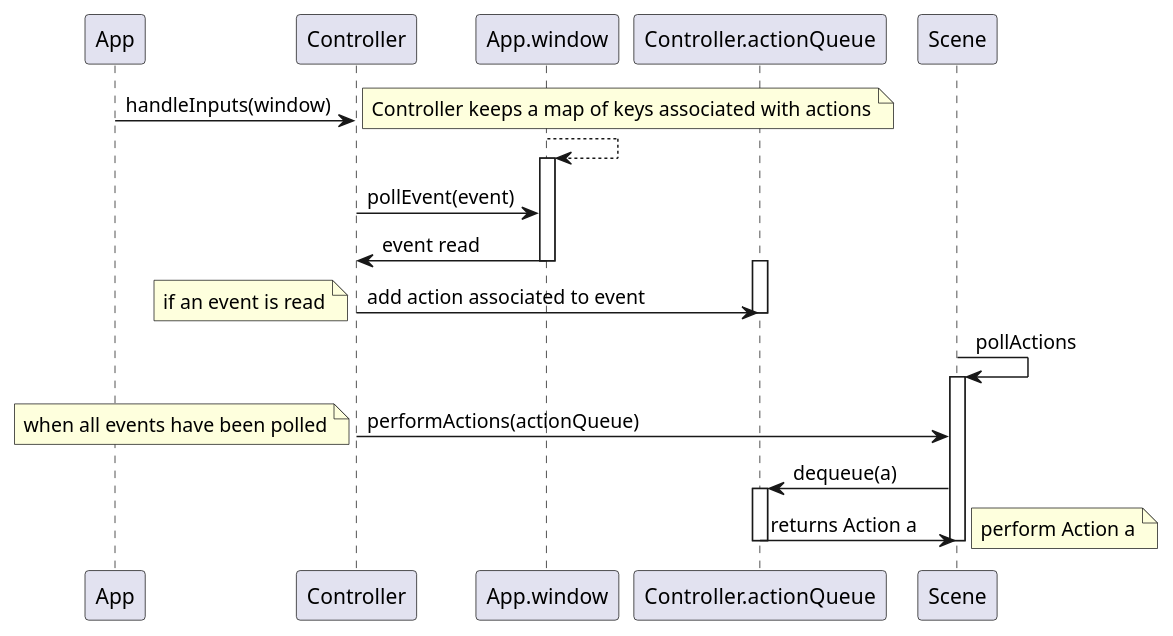
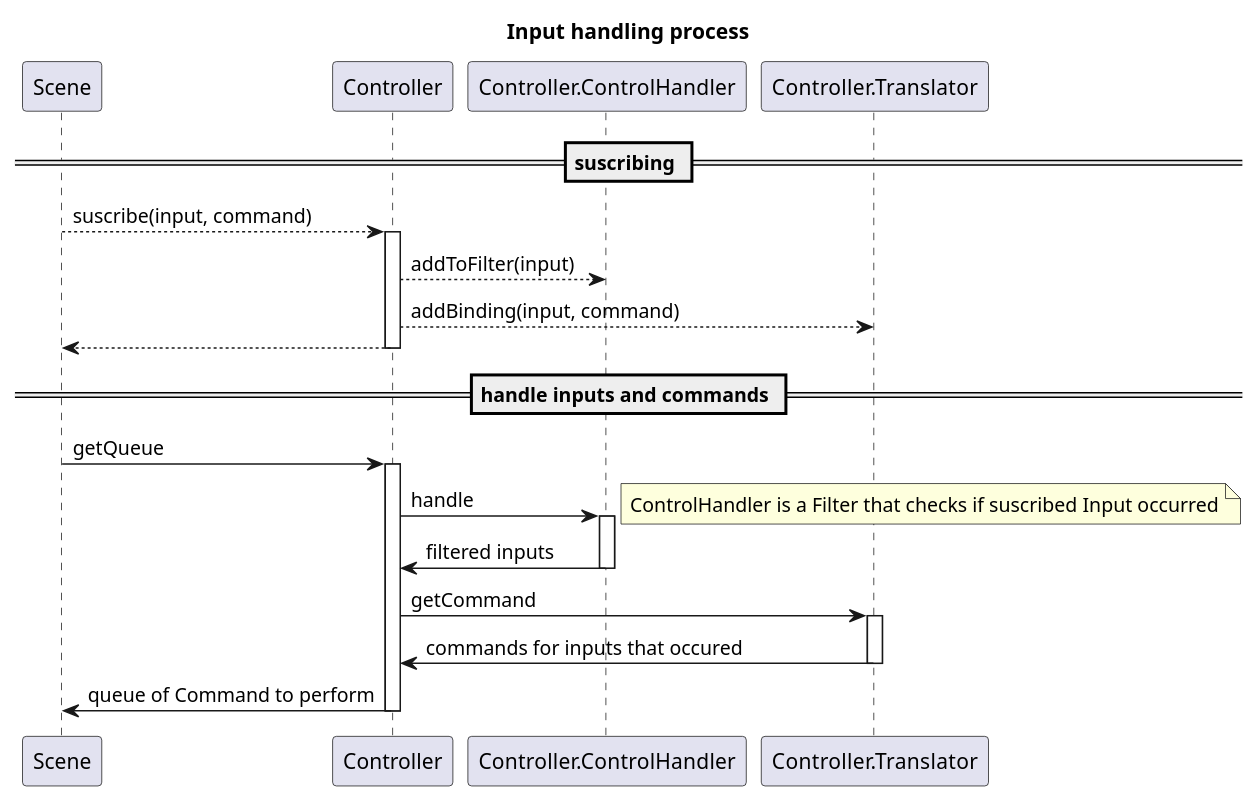
Before and after one commit to Pixotters/FROG: the diagram in docs/diagrams/inputs.pu, drawn with PlantUML.

Commit message:
updated diagram to reflect new Control system

```diff
--- a/docs/diagrams/inputs.pu
+++ b/docs/diagrams/inputs.pu
@@ -1,31 +1,40 @@
 @startuml
 
-'App -> Config : loadFromFile(config)
-'note right: creates a map of all possible inputs with default actions
-'Config -> App : config loaded
-App -> Controller : handleInputs(window)
-note right: Controller keeps a map of keys associated with actions
+title Input handling process
 
-App.window --> App.window
-activate App.window
-Controller -> App.window : pollEvent(event)
-App.window -> Controller : event read
-deactivate App.window
-activate Controller.actionQueue
-Controller -> Controller.actionQueue : add action associated to event
-note left: if an event is read
-deactivate Controller.actionQueue
+== suscribing ==
+Scene --> Controller: suscribe(input, command)
+activate Controller
 
-Scene -> Scene : pollActions
-activate Scene
-Controller -> Scene : performActions(actionQueue)
-note left: when all events have been polled
+Controller --> Controller.ControlHandler : addToFilter(input)
+'activate Controller.ControlHandler
 
-Scene -> Controller.actionQueue : dequeue(a)
-activate Controller.actionQueue
-Controller.actionQueue -> Scene : returns Action a
-note right: perform Action a
-deactivate Controller.actionQueue
-deactivate Scene
+Controller --> Controller.Translator : addBinding(input, command)
+'deactivate Controller.ControlHandler
+'activate Controller.Translator
+
+Scene <-- Controller
+'deactivate Controller.Translator
+deactivate Controller
+
+
+== handle inputs and commands ==
+
+Scene -> Controller : getQueue
+activate Controller
+
+Controller -> Controller.ControlHandler : handle
+note right: ControlHandler is a Filter that checks if suscribed Input occurred
+activate Controller.ControlHandler
+Controller <- Controller.ControlHandler : filtered inputs
+deactivate Controller.ControlHandler
+
+Controller -> Controller.Translator : getCommand
+activate Controller.Translator
+Controller <- Controller.Translator : commands for inputs that occured
+deactivate Controller.Translator
+
+Scene <- Controller : queue of Command to perform
+deactivate Controller
 
 @enduml
```
